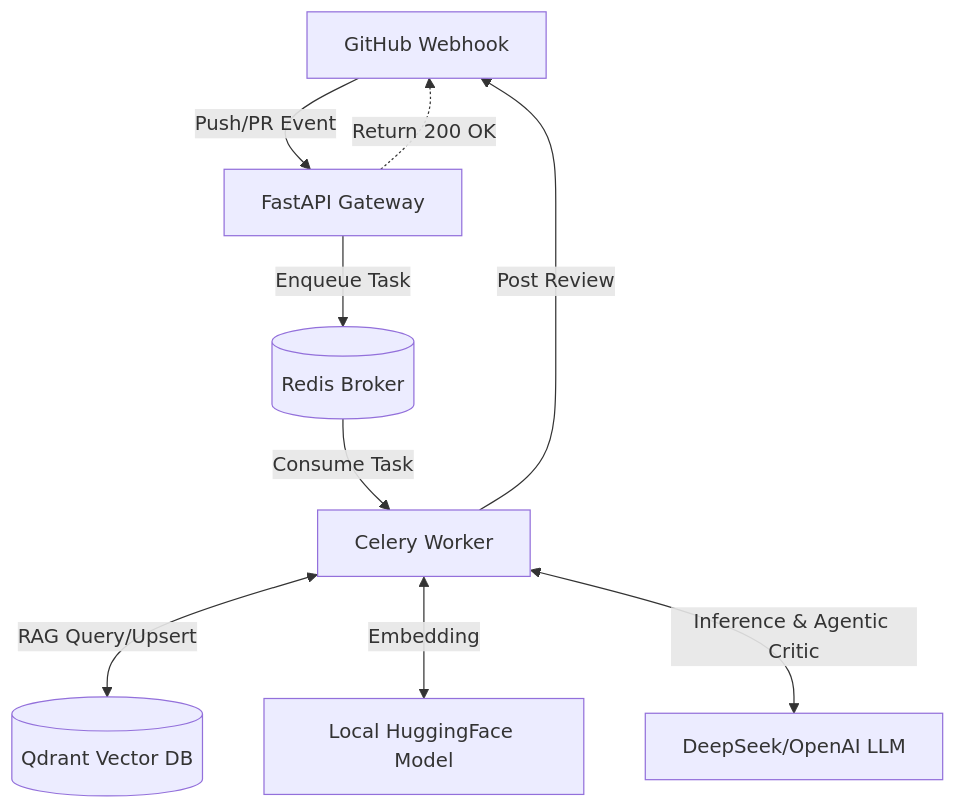
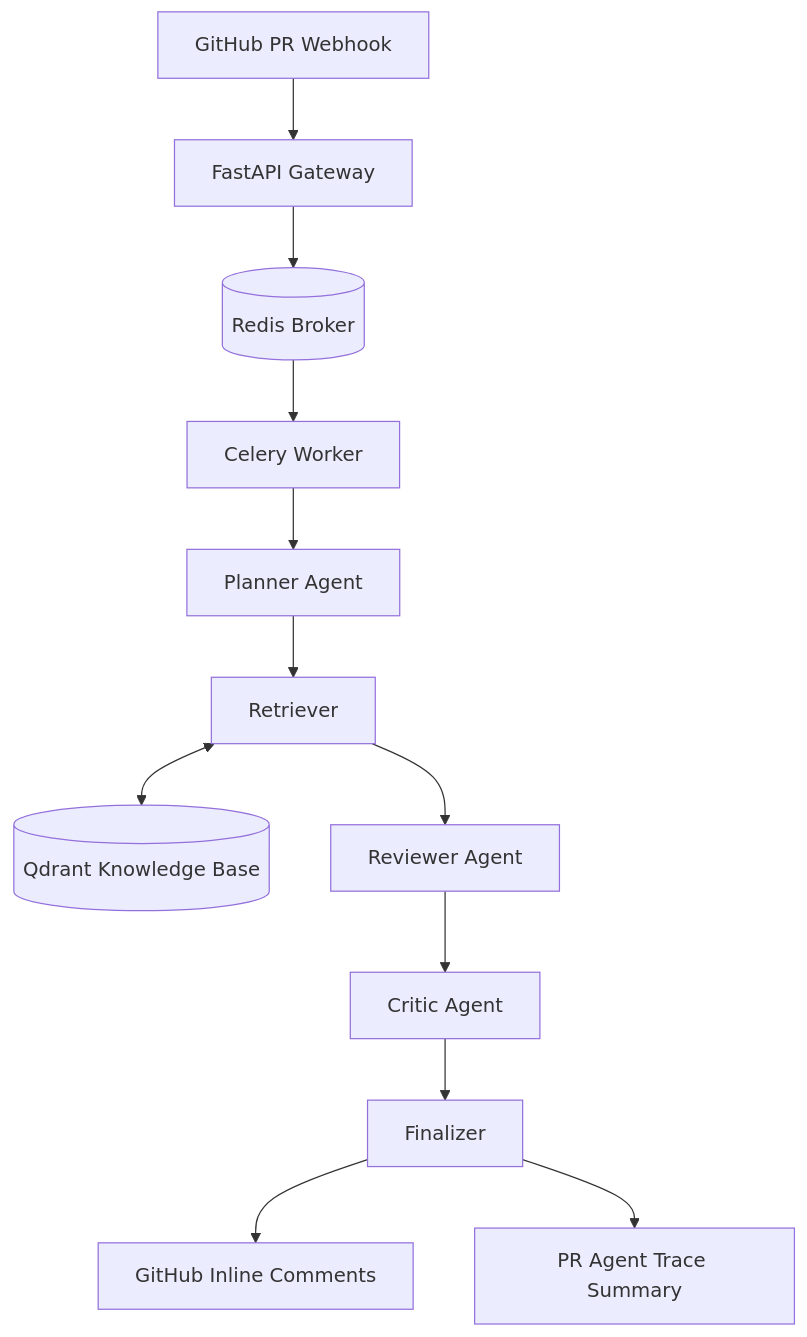
One commit to Yuhang-dev/CodeReviewer changed the diagram in README.md. Above: the diagram before and after it, drawn with Mermaid. The commit also changed other lines of this file, not shown here.

````diff
--- a/README.md
+++ b/README.md
@@ -76,11 +45,14 @@
 ```mermaid
-graph TD;
-    GitHub[GitHub Webhook] -->|Push/PR Event| API[FastAPI Gateway]
-    API -->|Enqueue Task| Redis[(Redis Broker)]
-    API -.->|Return 200 OK| GitHub
-    Redis -->|Consume Task| Worker[Celery Worker]
-    Worker <-->|RAG Query/Upsert| Qdrant[(Qdrant Vector DB)]
-    Worker <-->|Embedding| LocalHF[Local HuggingFace Model]
-    Worker <-->|Inference & Agentic Critic| LLM[DeepSeek/OpenAI LLM]
-    Worker -->|Post Review| GitHub
+graph TD
+    GitHub[GitHub PR Webhook] --> API[FastAPI Gateway]
+    API --> Redis[(Redis Broker)]
+    Redis --> Worker[Celery Worker]
+    Worker --> Planner[Planner Agent]
+    Planner --> Retriever[Retriever]
+    Retriever <--> Qdrant[(Qdrant Knowledge Base)]
+    Retriever --> Reviewer[Reviewer Agent]
+    Reviewer --> Critic[Critic Agent]
+    Critic --> Finalizer[Finalizer]
+    Finalizer --> GitHubComments[GitHub Inline Comments]
+    Finalizer --> Trace[PR Agent Trace Summary]
 ```
````
